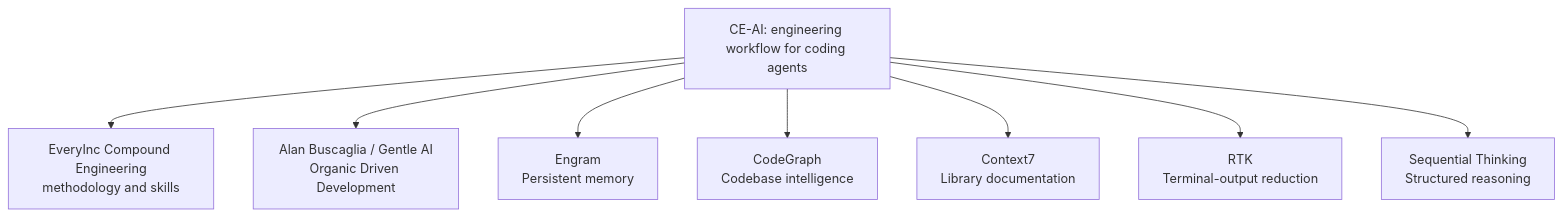
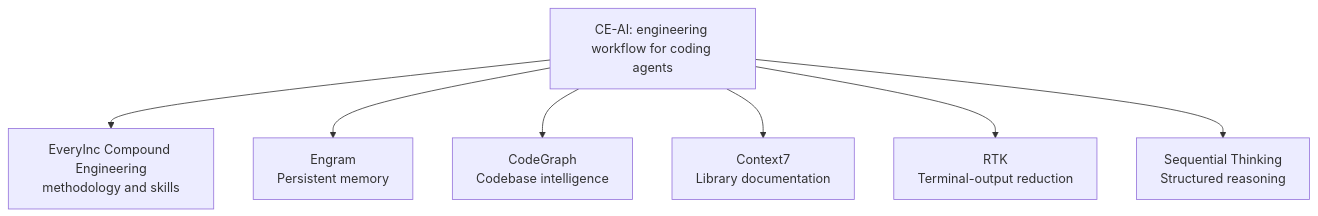
The fifth of 5 diagrams in docs/user-guide/harnesses-loops-and-context-masterclass.md (mastepanoski/ce-ai), drawn with Mermaid before and after one commit. The commit also changed other lines of this file and 6 other files, not shown here.

Commit message:
fix(workflow): modernize status and guide strings to living architecture (#502)

````diff
--- a/docs/user-guide/harnesses-loops-and-context-masterclass.md
+++ b/docs/user-guide/harnesses-loops-and-context-masterclass.md
@@ -128,17 +128,15 @@
 ```mermaid
 flowchart TD
     CE_AI["CE-AI: engineering workflow for coding agents"] --> CE["EveryInc Compound Engineering
 methodology and skills"]
-    CE_AI --> ODD["Alan Buscaglia / Gentle AI
-Organic Driven Development"]
     CE_AI --> ENGRAM["Engram
 Persistent memory"]
     CE_AI --> CODEGRAPH["CodeGraph
 Codebase intelligence"]
     CE_AI --> CONTEXT7["Context7
 Library documentation"]
     CE_AI --> RTK["RTK
 Terminal-output reduction"]
     CE_AI --> SEQ["Sequential Thinking
 Structured reasoning"]
 ```
````
